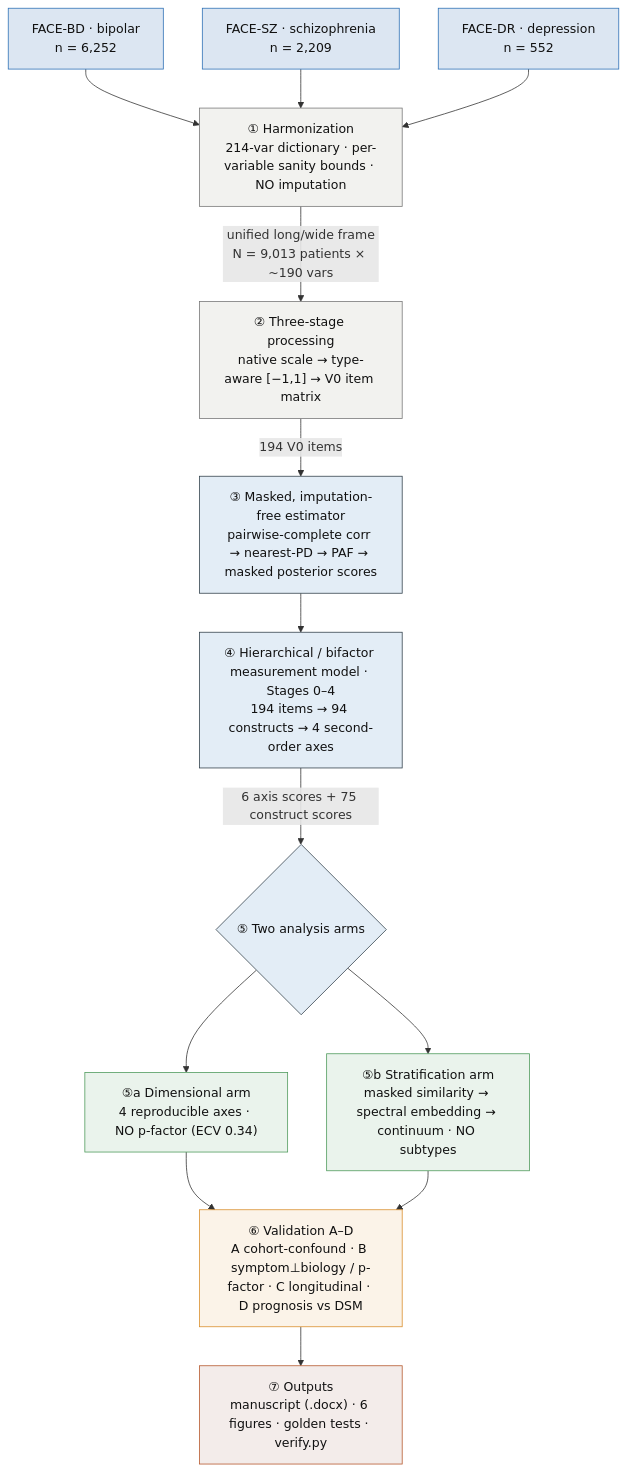
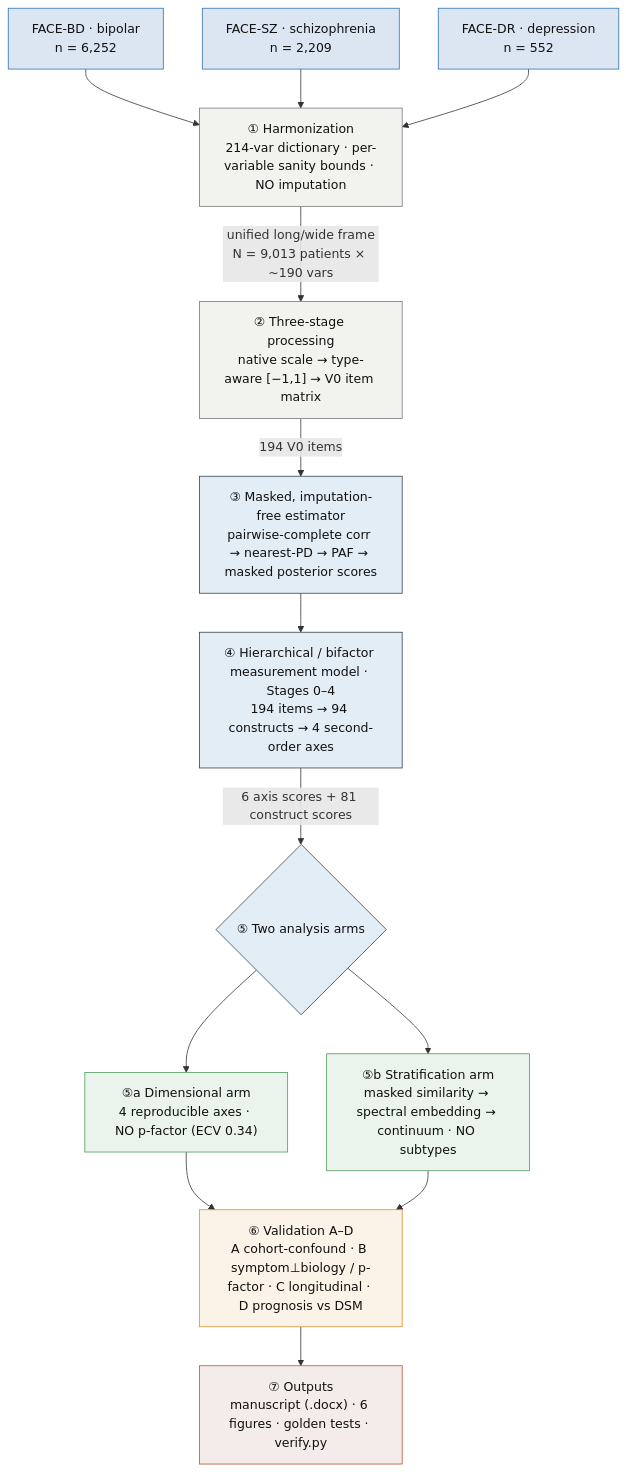
One commit to AndriiKulakovskyi/face-trans-diagnostic-phenotypes changed the first of 10 diagrams in docs/PIPELINE.md. Above: the diagram before and after it, drawn with Mermaid. The commit also changed other lines of this file and 7 other files, not shown here.

First line of the commit message:
fix(v2): correct the stale "75 constructs" → 81; delete dead schema loader (P3.4)

````diff
--- a/docs/PIPELINE.md
+++ b/docs/PIPELINE.md
@@ -26,33 +26,33 @@
 ```mermaid
 flowchart TB
     classDef data  fill:#DCE6F2,stroke:#2C6FB5,color:#111
     classDef proc  fill:#F2F2EF,stroke:#777,color:#111
     classDef model fill:#E3EDF6,stroke:#33414b,color:#111
     classDef arm   fill:#EAF3EC,stroke:#4E9A5B,color:#111
     classDef val   fill:#FBF3E8,stroke:#D98E2B,color:#111
     classDef out   fill:#F3ECEA,stroke:#B5562B,color:#111
 
     BP["FACE-BD · bipolar<br/>n = 6,252"]:::data
     SZ["FACE-SZ · schizophrenia<br/>n = 2,209"]:::data
     DR["FACE-DR · depression<br/>n = 552"]:::data
 
     BP --> H
     SZ --> H
     DR --> H
 
     H["① Harmonization<br/>214-var dictionary · per-variable sanity bounds · NO imputation"]:::proc
     H -->|"unified long/wide frame<br/>N = 9,013 patients × ~190 vars"| P
     P["② Three-stage processing<br/>native scale → type-aware [−1,1] → V0 item matrix"]:::proc
     P -->|"194 V0 items"| E
     E["③ Masked, imputation-free estimator<br/>pairwise-complete corr → nearest-PD → PAF → masked posterior scores"]:::model
     E --> M
     M["④ Hierarchical / bifactor measurement model · Stages 0–4<br/>194 items → 94 constructs → 4 second-order axes"]:::model
-    M -->|"6 axis scores + 75 construct scores"| ARM{"⑤ Two analysis arms"}
+    M -->|"6 axis scores + 81 construct scores"| ARM{"⑤ Two analysis arms"}
     ARM:::model
     ARM --> DIMA["⑤a Dimensional arm<br/>4 reproducible axes · NO p-factor (ECV 0.34)"]:::arm
     ARM --> STRA["⑤b Stratification arm<br/>masked similarity → spectral embedding → continuum · NO subtypes"]:::arm
     DIMA --> V
     STRA --> V
     V["⑥ Validation A–D<br/>A cohort-confound · B symptom⊥biology / p-factor · C longitudinal · D prognosis vs DSM"]:::val
     V --> O["⑦ Outputs<br/>manuscript (.docx) · 6 figures · golden tests · verify.py"]:::out
 ```
````
